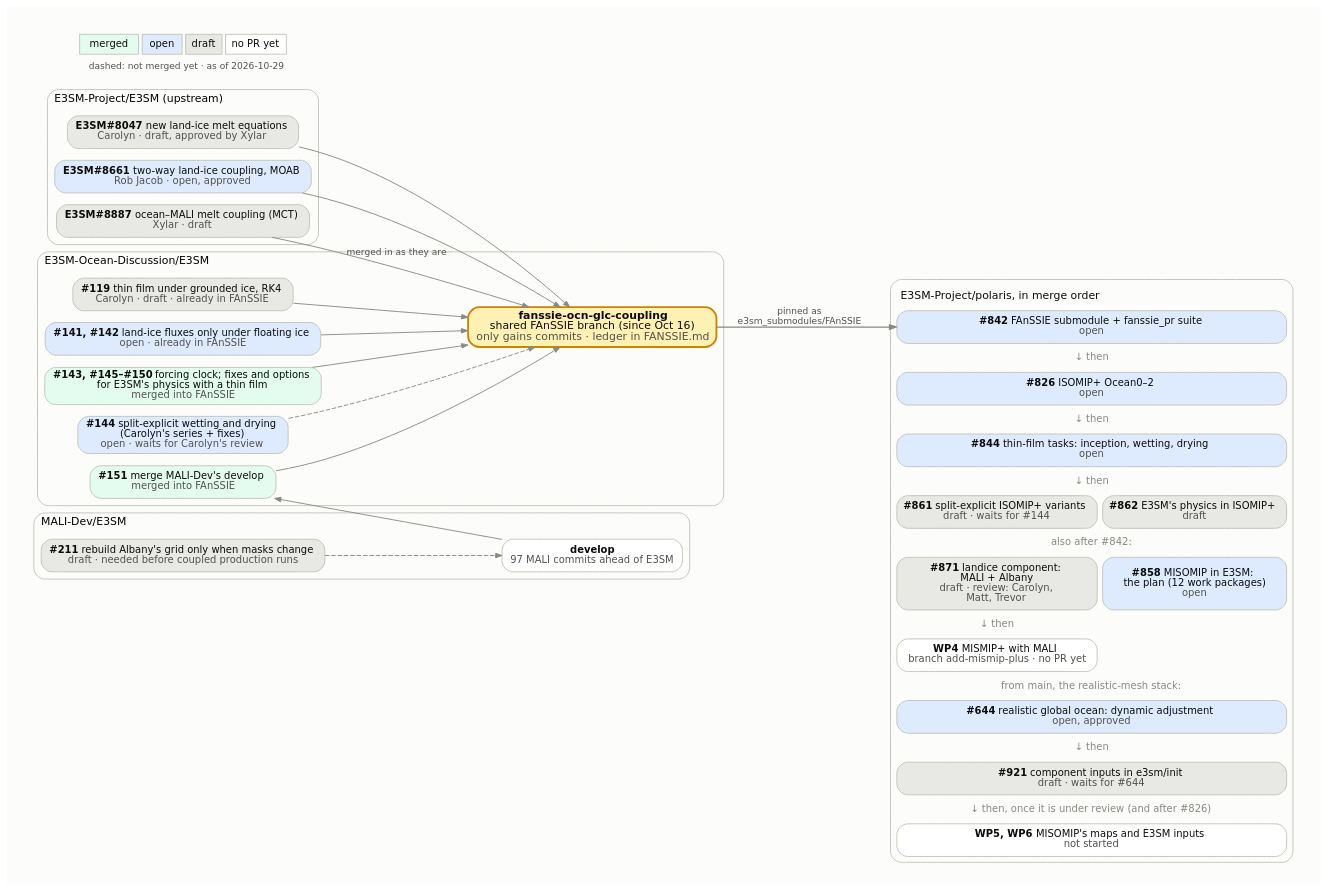
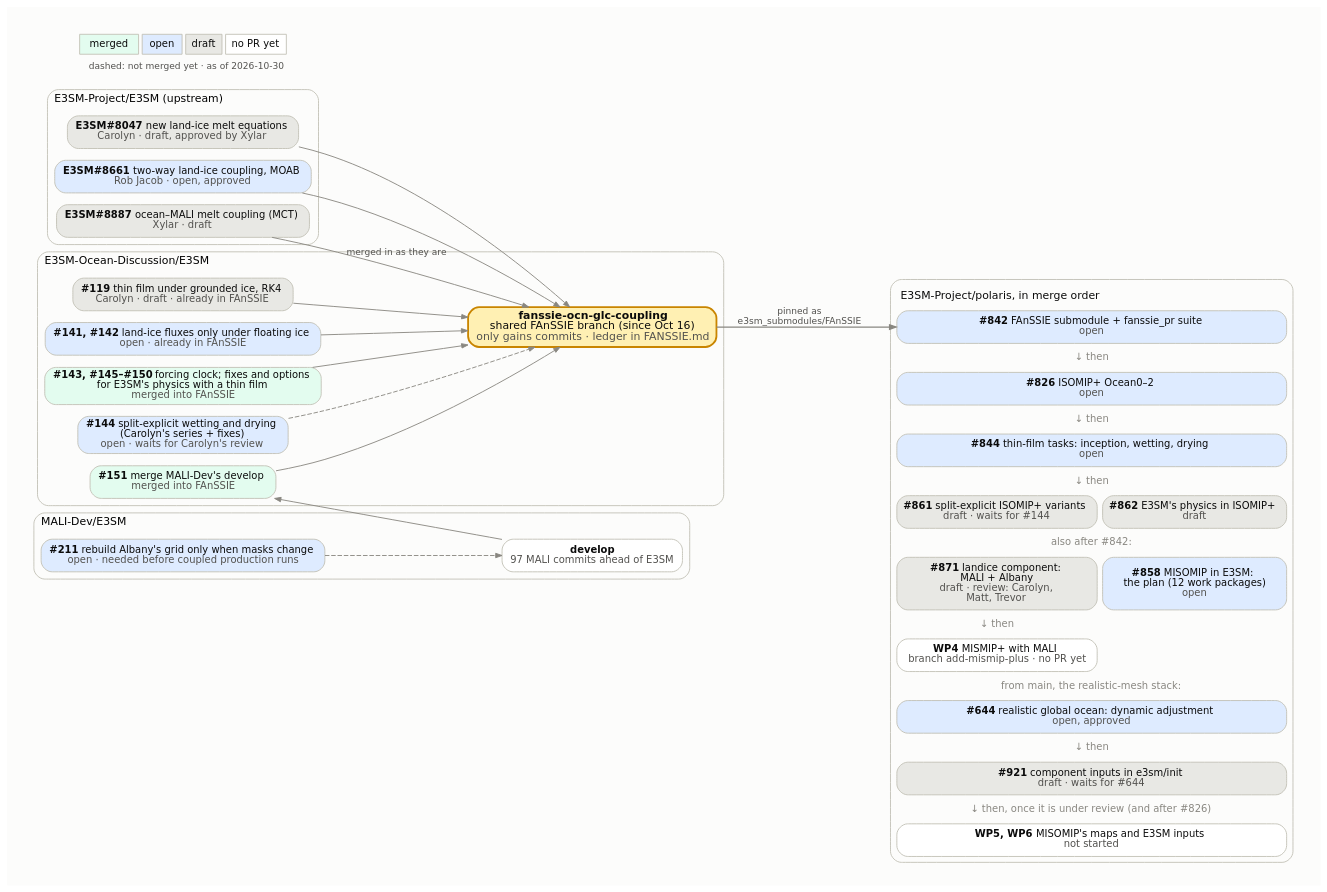
The diagram in docs/design_docs/misomip/code_flow.dot (E3SM-Project/polaris), drawn with Graphviz before and after one commit. The commit also changed 3 other files, not shown here.

```diff
--- a/docs/design_docs/misomip/code_flow.dot
+++ b/docs/design_docs/misomip/code_flow.dot
@@ -1,95 +1,95 @@
 // How the upstream E3SM PRs, the E3SM-Ocean-Discussion PRs, the
 // fanssie-ocn-glc-coupling branch and the Polaris PRs fit together.
 //
 // Regenerate with Graphviz 14 (Chrysalis's /usr/bin/dot 2.40 lays it out
 // wider), with the text drawn as paths so it looks the same everywhere:
 //
 //     pixi exec -s graphviz dot -Tsvg:cairo code_flow.dot -o code_flow.svg
 //
 // Fill by state: merged #e3fcef, open #deebff, draft #e8e8e4, no PR yet
 // #ffffff. Dashed edges into the FAnSSIE branch mark PRs not merged into it
 // yet. The Polaris side is one HTML-table node, in merge order, because
 // Graphviz would not keep separate boxes in that order. Update the date in
 // the legend.
 digraph fanssie {
   rankdir=LR;
   bgcolor="#fcfcfb";
   pad=0.3;
   nodesep=0.18;
   ranksep=0.7;
   fontname="DejaVu Sans";
   node [shape=box, style="rounded,filled", fontname="DejaVu Sans",
         fontsize=11, color="#c3c2b7", fontcolor="#0b0b0b", penwidth=1,
         margin="0.12,0.06"];
   edge [color="#898781", arrowsize=0.7, fontname="DejaVu Sans",
         fontsize=10, fontcolor="#52514e"];
 
   subgraph cluster_upstream {
     label="E3SM-Project/E3SM (upstream)";
     labeljust=l; fontsize=12; color="#c3c2b7"; style="rounded";
     e8047 [label=<<b>E3SM#8047</b>  new land-ice melt equations<br/><font color="#52514e">Carolyn · draft, approved by Xylar</font>>, fillcolor="#e8e8e4"];
     e8661 [label=<<b>E3SM#8661</b>  two-way land-ice coupling, MOAB<br/><font color="#52514e">Rob Jacob · open, approved</font>>, fillcolor="#deebff"];
     e8887 [label=<<b>E3SM#8887</b>  ocean–MALI melt coupling (MCT)<br/><font color="#52514e">Xylar · draft</font>>, fillcolor="#e8e8e4"];
   }
 
   subgraph cluster_malidev {
     label="MALI-Dev/E3SM";
     labeljust=l; fontsize=12; color="#c3c2b7"; style="rounded";
     malidev [label=<<b>develop</b><br/><font color="#52514e">97 MALI commits ahead of E3SM</font>>, fillcolor="#ffffff"];
-    m211 [label=<<b>#211</b>  rebuild Albany's grid only when masks change<br/><font color="#52514e">draft · needed before coupled production runs</font>>, fillcolor="#e8e8e4"];
+    m211 [label=<<b>#211</b>  rebuild Albany's grid only when masks change<br/><font color="#52514e">open · needed before coupled production runs</font>>, fillcolor="#deebff"];
   }
 
   subgraph cluster_eod {
     label="E3SM-Ocean-Discussion/E3SM";
     labeljust=l; fontsize=12; color="#c3c2b7"; style="rounded";
     d119 [label=<<b>#119</b>  thin film under grounded ice, RK4<br/><font color="#52514e">Carolyn · draft · already in FAnSSIE</font>>, fillcolor="#e8e8e4"];
     d141 [label=<<b>#141, #142</b>  land-ice fluxes only under floating ice<br/><font color="#52514e">open · already in FAnSSIE</font>>, fillcolor="#deebff"];
     d143 [label=<<b>#143, #145–#150</b>  forcing clock; fixes and options<br/>for E3SM's physics with a thin film<br/><font color="#52514e">merged into FAnSSIE</font>>, fillcolor="#e3fcef"];
     d144 [label=<<b>#144</b>  split-explicit wetting and drying<br/>(Carolyn's series + fixes)<br/><font color="#52514e">open · waits for Carolyn's review</font>>, fillcolor="#deebff"];
     d151 [label=<<b>#151</b>  merge MALI-Dev's develop<br/><font color="#52514e">merged into FAnSSIE</font>>, fillcolor="#e3fcef"];
     fanssie [label=<<b>fanssie-ocn-glc-coupling</b><br/>shared FAnSSIE branch (since Oct 16)<br/><font color="#52514e">only gains commits · ledger in FANSSIE.md</font>>,
              fillcolor="#fff0b3", penwidth=2, color="#c98500", fontsize=12];
   }
 
   polaris [shape=plaintext, style="", label=<
     <table border="1" color="#c3c2b7" style="rounded" cellborder="1" cellspacing="6" cellpadding="4" bgcolor="#fcfcfb">
       <tr><td border="0" colspan="2" align="left"><font point-size="12">E3SM-Project/polaris, in merge order</font></td></tr>
       <tr><td port="p842" bgcolor="#deebff" colspan="2" style="rounded" cellpadding="6"><b>#842</b>  FAnSSIE submodule + fanssie_pr suite<br/><font color="#52514e">open</font></td></tr>
       <tr><td border="0" colspan="2"><font color="#898781">↓ then</font></td></tr>
       <tr><td port="p826" bgcolor="#deebff" colspan="2" style="rounded" cellpadding="6"><b>#826</b>  ISOMIP+ Ocean0–2<br/><font color="#52514e">open</font></td></tr>
       <tr><td border="0" colspan="2"><font color="#898781">↓ then</font></td></tr>
       <tr><td port="p844" bgcolor="#deebff" colspan="2" style="rounded" cellpadding="6"><b>#844</b>  thin-film tasks: inception, wetting, drying<br/><font color="#52514e">open</font></td></tr>
       <tr><td border="0" colspan="2"><font color="#898781">↓ then</font></td></tr>
       <tr><td port="p861" bgcolor="#e8e8e4" colspan="1" style="rounded" cellpadding="6"><b>#861</b>  split-explicit ISOMIP+ variants<br/><font color="#52514e">draft · waits for #144</font></td><td port="p862" bgcolor="#e8e8e4" colspan="1" style="rounded" cellpadding="6"><b>#862</b>  E3SM's physics in ISOMIP+<br/><font color="#52514e">draft</font></td></tr>
       <tr><td border="0" colspan="2"><font color="#898781">also after #842:</font></td></tr>
       <tr><td port="p871" bgcolor="#e8e8e4" colspan="1" style="rounded" cellpadding="6"><b>#871</b>  landice component:<br/>MALI + Albany<br/><font color="#52514e">draft · review: Carolyn,<br/>Matt, Trevor</font></td><td port="p858" bgcolor="#deebff" colspan="1" style="rounded" cellpadding="6"><b>#858</b>  MISOMIP in E3SM:<br/>the plan (12 work packages)<br/><font color="#52514e">open</font></td></tr>
       <tr><td border="0" colspan="1"><font color="#898781">↓ then</font></td><td border="0" colspan="1"></td></tr>
       <tr><td port="pwp4" bgcolor="#ffffff" colspan="1" style="rounded" cellpadding="6"><b>WP4</b>  MISMIP+ with MALI<br/><font color="#52514e">branch add-mismip-plus · no PR yet</font></td><td border="0" colspan="1"></td></tr>
       <tr><td border="0" colspan="2"><font color="#898781">from main, the realistic-mesh stack:</font></td></tr>
       <tr><td port="p644" bgcolor="#deebff" colspan="2" style="rounded" cellpadding="6"><b>#644</b>  realistic global ocean: dynamic adjustment<br/><font color="#52514e">open, approved</font></td></tr>
       <tr><td border="0" colspan="2"><font color="#898781">↓ then</font></td></tr>
       <tr><td port="p921" bgcolor="#e8e8e4" colspan="2" style="rounded" cellpadding="6"><b>#921</b>  component inputs in e3sm/init<br/><font color="#52514e">draft · waits for #644</font></td></tr>
       <tr><td border="0" colspan="2"><font color="#898781">↓ then, once it is under review (and after #826)</font></td></tr>
       <tr><td port="pwp56" bgcolor="#ffffff" colspan="2" style="rounded" cellpadding="6"><b>WP5, WP6</b>  MISOMIP's maps and E3SM inputs<br/><font color="#52514e">not started</font></td></tr>
     </table>>];
 
   e8047 -> fanssie;
   e8661 -> fanssie;
   e8887 -> fanssie [label="merged in as they are"];
   d119 -> fanssie;
   d141 -> fanssie;
   d143 -> fanssie;
   d144 -> fanssie [style=dashed];
   m211 -> malidev [style=dashed];
   malidev -> d151 [constraint=false];
   d151 -> fanssie;
 
   fanssie -> polaris:p842 [label="pinned as
 e3sm_submodules/FAnSSIE", penwidth=1.5];
 
   legend [shape=plaintext, style="", label=<
     <table border="0" cellborder="1" cellspacing="4" cellpadding="4" color="#c3c2b7">
       <tr><td bgcolor="#e3fcef">merged</td><td bgcolor="#deebff">open</td><td bgcolor="#e8e8e4">draft</td><td bgcolor="#ffffff">no PR yet</td></tr>
-      <tr><td colspan="4" border="0"><font point-size="10" color="#52514e">dashed: not merged yet · as of 2026-10-29</font></td></tr>
+      <tr><td colspan="4" border="0"><font point-size="10" color="#52514e">dashed: not merged yet · as of 2026-10-30</font></td></tr>
     </table>>];
 }
```
